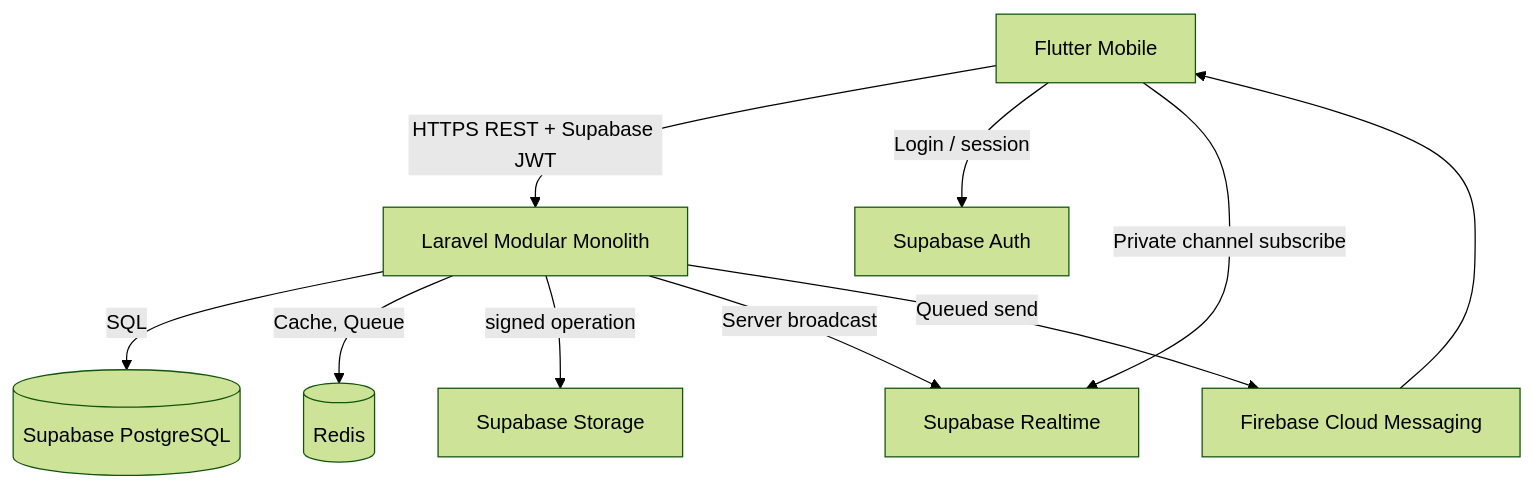
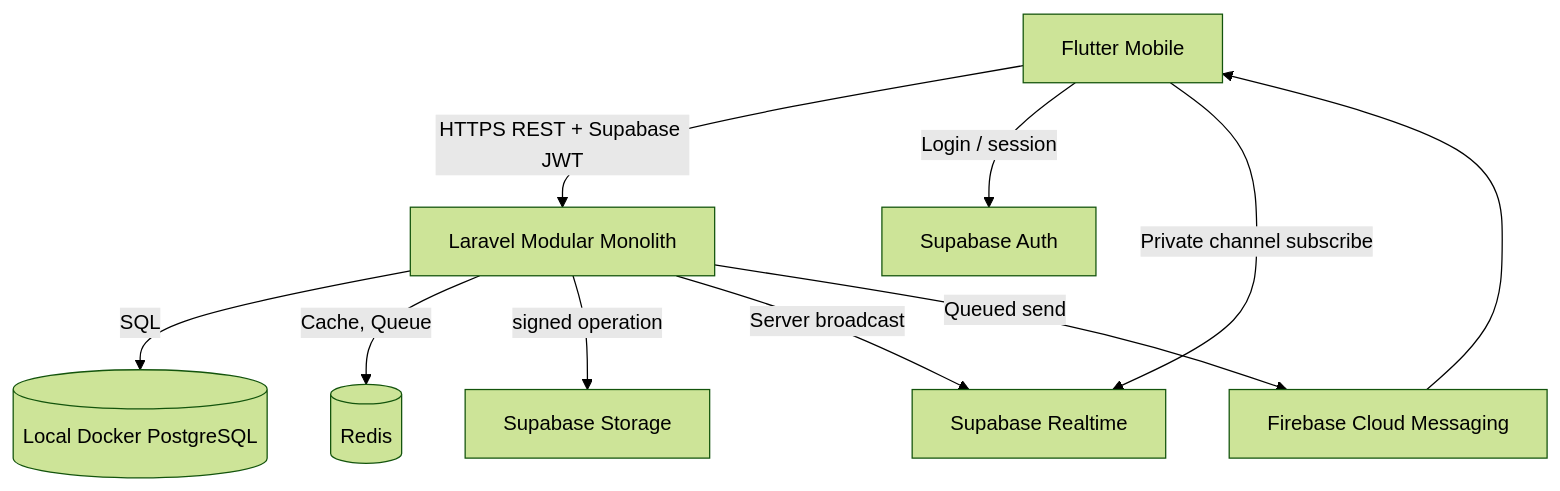
One commit to muliawhd/rekan changed the diagram in docs/architecture/02-system-architecture.md. Above: the diagram before and after it, drawn with Mermaid (forest theme). The commit also changed other lines of this file and 134 other files, not shown here.

````diff
--- a/docs/architecture/02-system-architecture.md
+++ b/docs/architecture/02-system-architecture.md
@@ -4,12 +4,12 @@
 ```mermaid
 flowchart TD
     Mobile[Flutter Mobile] -->|HTTPS REST + Supabase JWT| API[Laravel Modular Monolith]
     Mobile -->|Login / session| Auth[Supabase Auth]
     Mobile -->|Private channel subscribe| RT[Supabase Realtime]
-    API -->|SQL| DB[(Supabase PostgreSQL)]
+    API -->|SQL| DB[(Local Docker PostgreSQL)]
     API -->|Cache, Queue| Redis[(Redis)]
     API -->|signed operation| Store[Supabase Storage]
     API -->|Server broadcast| RT
     API -->|Queued send| FCM[Firebase Cloud Messaging]
     FCM --> Mobile
 ```
````
